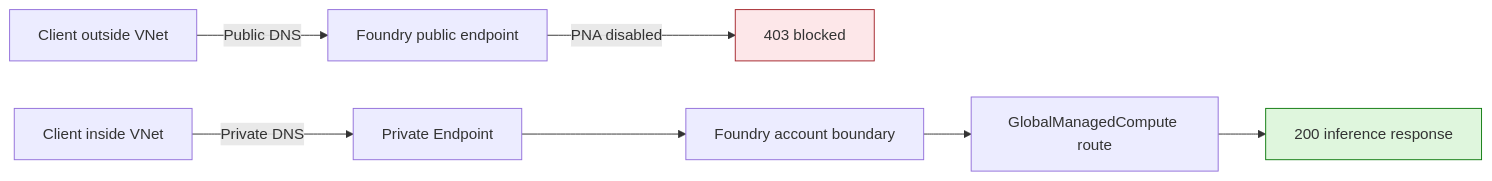
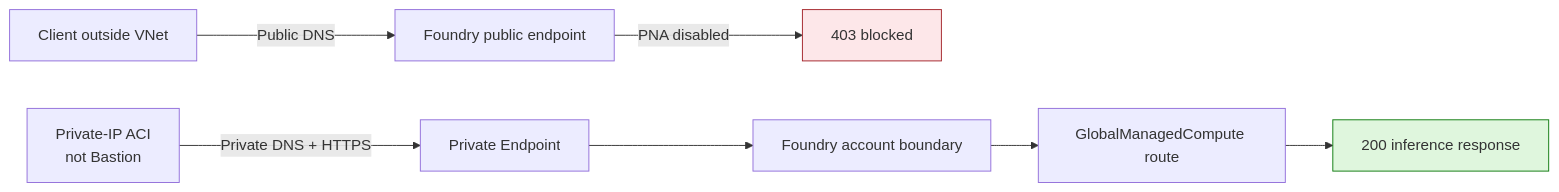
Before and after one commit to david-xinyuwei/david-share: the diagram in Deep-Learning/Managed-Compute-Private-Endpoint/README.md, drawn with Mermaid. The commit also changed other lines of this file and 28 other files, not shown here.

Commit message:
Harden Managed Compute private endpoint evidence

````diff
--- a/Deep-Learning/Managed-Compute-Private-Endpoint/README.md
+++ b/Deep-Learning/Managed-Compute-Private-Endpoint/README.md
@@ -94,12 +189,12 @@
 ```mermaid
 flowchart LR
     OUT[Client outside VNet] -->|Public DNS| PUB[Foundry public endpoint]
     PUB -->|PNA disabled| DENY[403 blocked]
-    IN[Client inside VNet] -->|Private DNS| PE[Private Endpoint]
+    IN[Private-IP ACI<br/>not Bastion] -->|Private DNS + HTTPS| PE[Private Endpoint]
     PE --> ACCOUNT[Foundry account boundary]
     ACCOUNT --> ROUTE[GlobalManagedCompute route]
     ROUTE --> OK[200 inference response]
 
     style DENY fill:#fde7e9,stroke:#a4262c
     style OK fill:#dff6dd,stroke:#107c10
 ```
````
